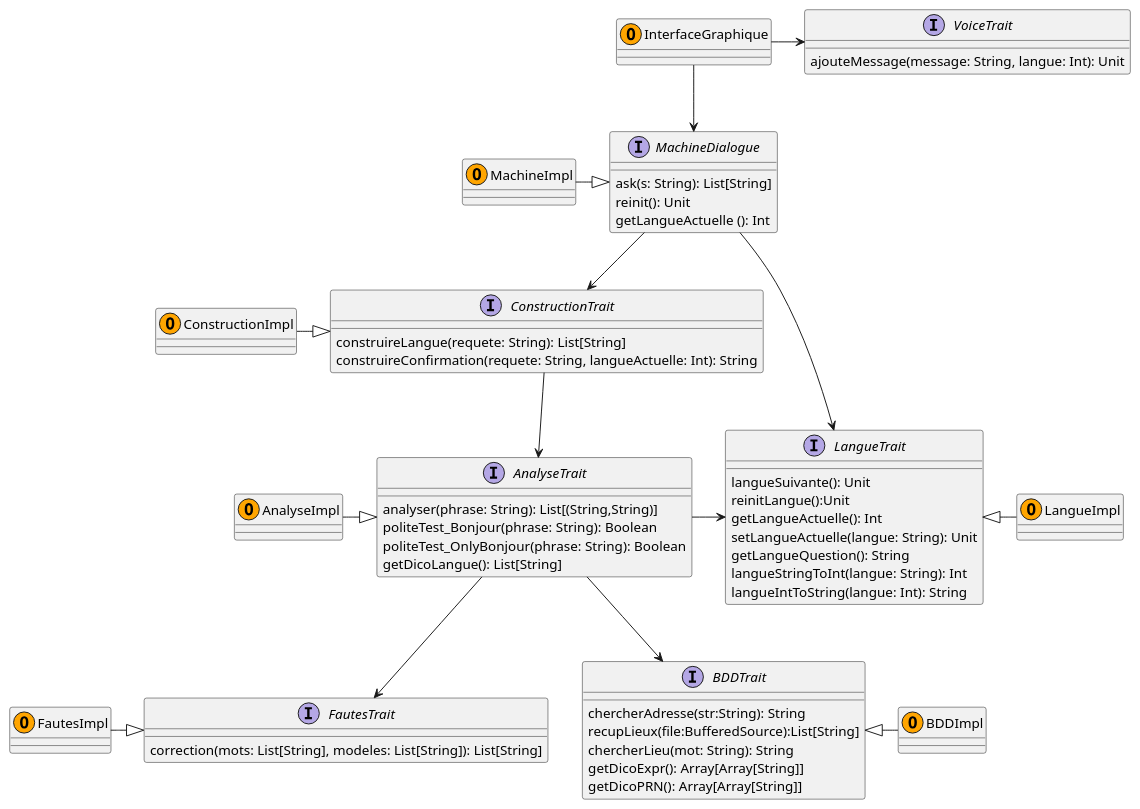
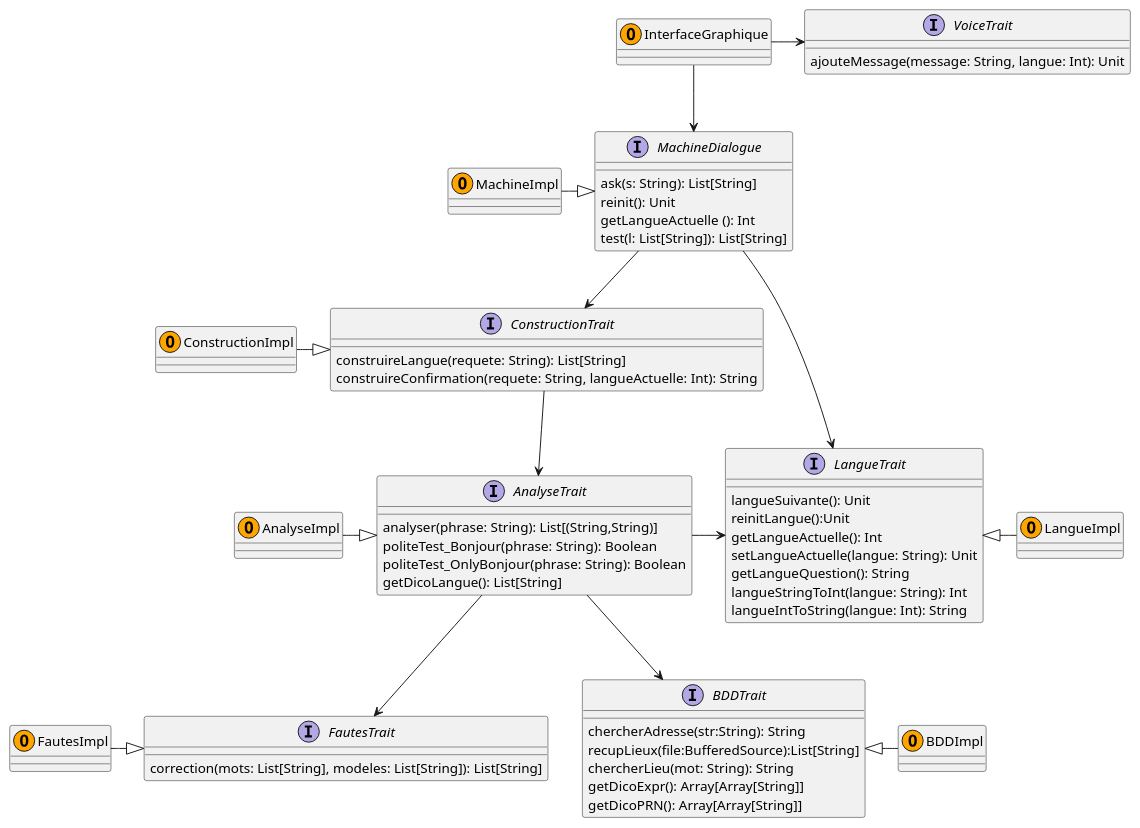
Before and after one commit to mathisglt/AvatarBacchus: the diagram in src/main/scala/diagramme/diag_imp.plantuml, drawn with PlantUML.

Commit message:
rajout de test dans le diagramme

```diff
--- a/src/main/scala/diagramme/diag_imp.plantuml
+++ b/src/main/scala/diagramme/diag_imp.plantuml
@@ -1,73 +1,74 @@
 @startuml Avatar
 
 interface BDDTrait{
 	chercherAdresse(str:String): String
 	recupLieux(file:BufferedSource):List[String]
 	chercherLieu(mot: String): String
 	getDicoExpr(): Array[Array[String]]
 	getDicoPRN(): Array[Array[String]]
 }
 
 interface MachineDialogue {
 	ask(s: String): List[String]
 	reinit(): Unit
 	getLangueActuelle (): Int 
+	test(l: List[String]): List[String]
 }
 
 interface ConstructionTrait{
 	construireLangue(requete: String): List[String]
 	construireConfirmation(requete: String, langueActuelle: Int): String
 }
 
 interface FautesTrait{
 	correction(mots: List[String], modeles: List[String]): List[String]
 }
 
 interface VoiceTrait{
 	ajouteMessage(message: String, langue: Int): Unit
 }
 
 interface AnalyseTrait{
 	analyser(phrase: String): List[(String,String)]
 	politeTest_Bonjour(phrase: String): Boolean
 	politeTest_OnlyBonjour(phrase: String): Boolean
 	getDicoLangue(): List[String]
 }
 
 interface LangueTrait{
 	langueSuivante(): Unit
 	reinitLangue():Unit
  	getLangueActuelle(): Int
   	setLangueActuelle(langue: String): Unit
   	getLangueQuestion(): String
   	langueStringToInt(langue: String): Int
 	langueIntToString(langue: Int): String
 }
 
 
 class MachineImpl <<(O,Orange)>>
 class InterfaceGraphique <<(O,Orange)>>
 class ConstructionImpl <<(O,Orange)>>
 class AnalyseImpl <<(O,Orange)>>
 class BDDImpl <<(O,Orange)>>
 class FautesImpl <<(O,Orange)>>
 class LangueImpl <<(O,Orange)>>
 
 MachineImpl -|> MachineDialogue
 BDDTrait <|-  BDDImpl
 ConstructionImpl -|>  ConstructionTrait
 AnalyseImpl -|>  AnalyseTrait
 FautesImpl -|> FautesTrait
 LangueTrait <|-  LangueImpl
 
 MachineDialogue --> ConstructionTrait
 InterfaceGraphique --> MachineDialogue 
 InterfaceGraphique -> VoiceTrait 
 ConstructionTrait --> AnalyseTrait
 
 AnalyseTrait -> LangueTrait
 AnalyseTrait --> FautesTrait
 AnalyseTrait --> BDDTrait
 MachineDialogue --> LangueTrait
 
 @enduml
```
